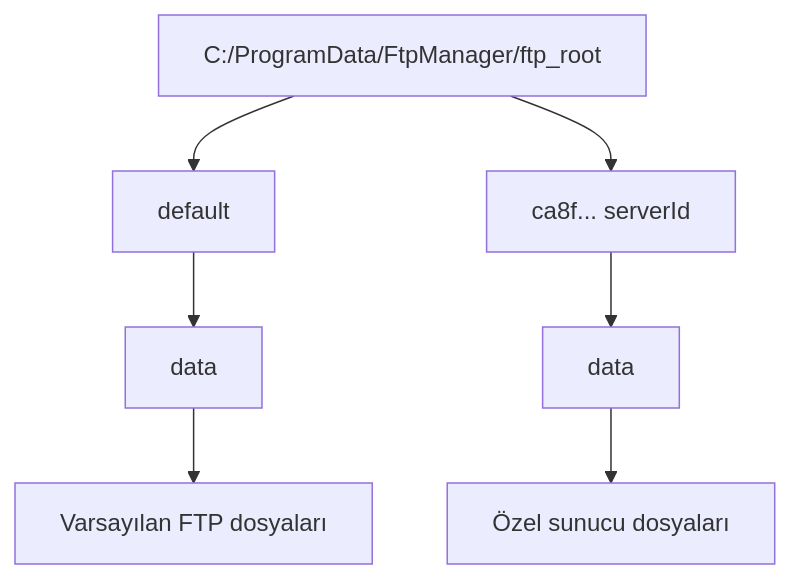
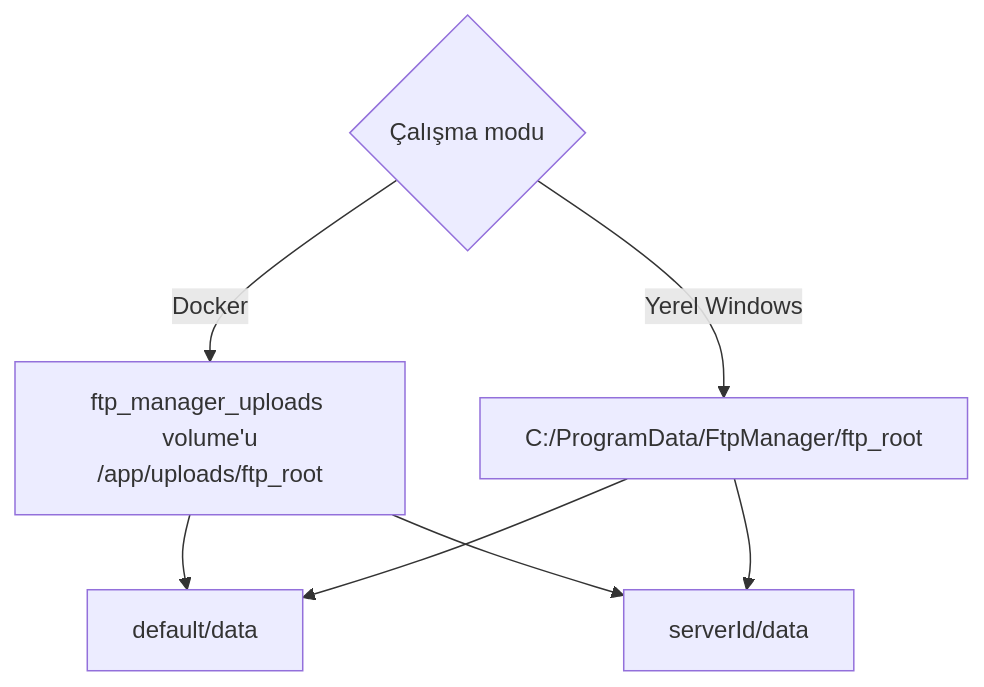
One commit to ottamina/FTP_Dosya_Yonetimi changed the fourth of 8 diagrams in docs/01_SISTEM_MIMARISI.md. Above: the diagram before and after it, drawn with Mermaid. The commit also changed other lines of this file and 9 other files, not shown here.

````diff
--- a/docs/01_SISTEM_MIMARISI.md
+++ b/docs/01_SISTEM_MIMARISI.md
@@ -99,10 +99,10 @@
 ```mermaid
 flowchart TB
-    ROOT["C:/ProgramData/FtpManager/ftp_root"]
-    ROOT --> S1["default"]
-    ROOT --> S2["ca8f... serverId"]
-    S1 --> D1["data"]
-    S2 --> D2["data"]
-    D1 --> F1["Varsayılan FTP dosyaları"]
-    D2 --> F2["Özel sunucu dosyaları"]
+    MODE{"Çalışma modu"}
+    MODE -->|"Docker"| VOL["ftp_manager_uploads volume'u\n/app/uploads/ftp_root"]
+    MODE -->|"Yerel Windows"| WIN["C:/ProgramData/FtpManager/ftp_root"]
+    VOL --> S1["default/data"]
+    VOL --> S2["serverId/data"]
+    WIN --> S1
+    WIN --> S2
 ```
````
